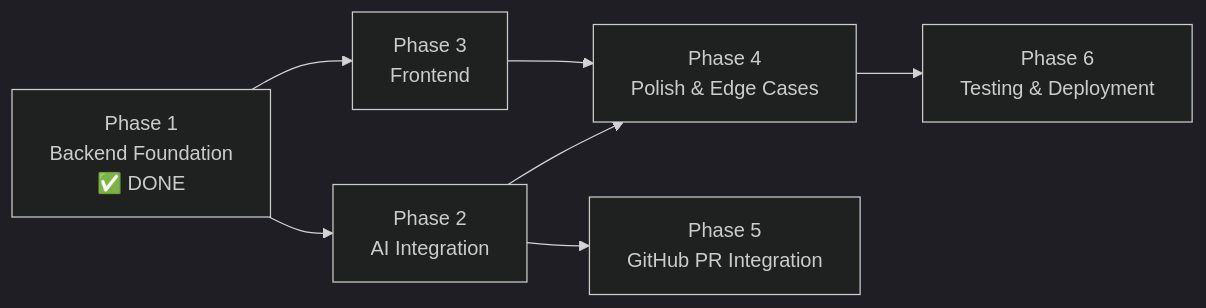
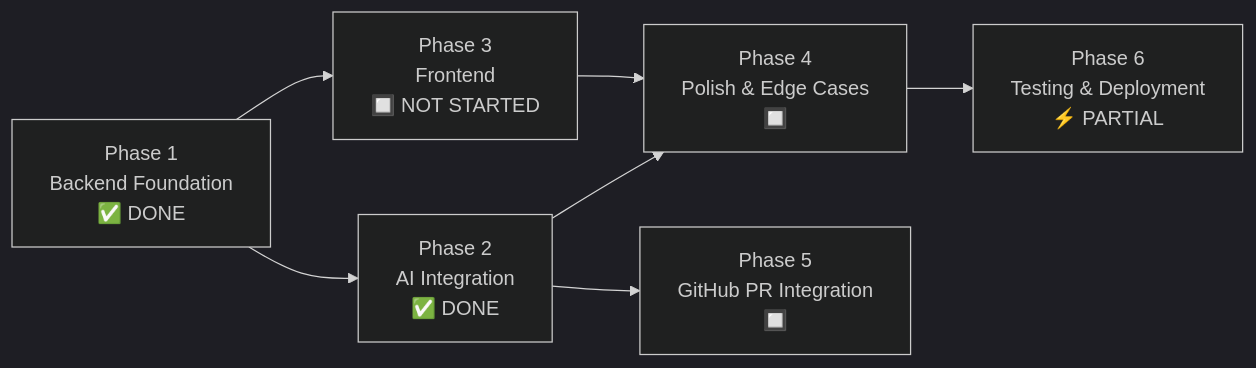
Before and after one commit to chandan942/ai-review-system: the diagram in docs/DEVELOPMENT.md, drawn with Mermaid (dark theme). The commit also changed other lines of this file, not shown here.

Commit message:
docs: Update DEVELOPMENT.md with current progress - Phases 1-2 complete, Phase 3 pending, testing complete, detailed task status and priorities

````diff
--- a/docs/DEVELOPMENT.md
+++ b/docs/DEVELOPMENT.md
@@ -27,16 +27,16 @@
 ```mermaid
 graph LR
     P1["Phase 1<br/>Backend Foundation<br/>✅ DONE"]
-    P2["Phase 2<br/>AI Integration"]
-    P3["Phase 3<br/>Frontend"]
-    P4["Phase 4<br/>Polish & Edge Cases"]
-    P5["Phase 5<br/>GitHub PR Integration"]
-    P6["Phase 6<br/>Testing & Deployment"]
+    P2["Phase 2<br/>AI Integration<br/>✅ DONE"]
+    P3["Phase 3<br/>Frontend<br/>🔲 NOT STARTED"]
+    P4["Phase 4<br/>Polish & Edge Cases<br/>🔲"]
+    P5["Phase 5<br/>GitHub PR Integration<br/>🔲"]
+    P6["Phase 6<br/>Testing & Deployment<br/>⚡ PARTIAL"]
 
     P1 --> P2
     P1 --> P3
     P2 --> P4
     P3 --> P4
     P2 --> P5
     P4 --> P6
 ```
````
